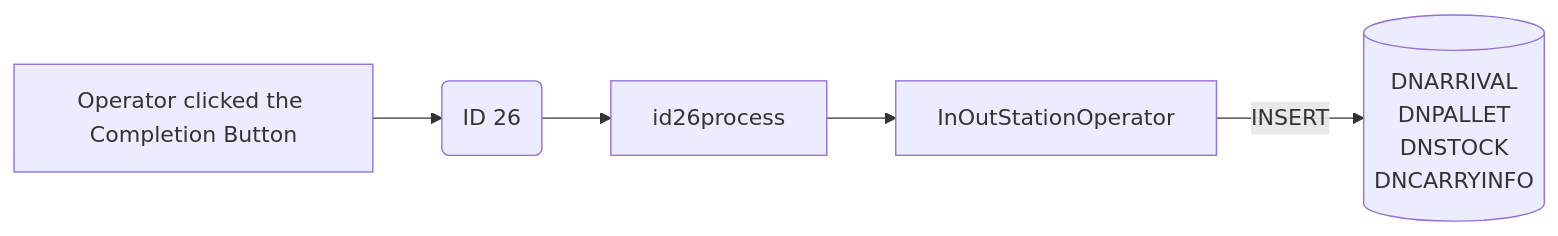
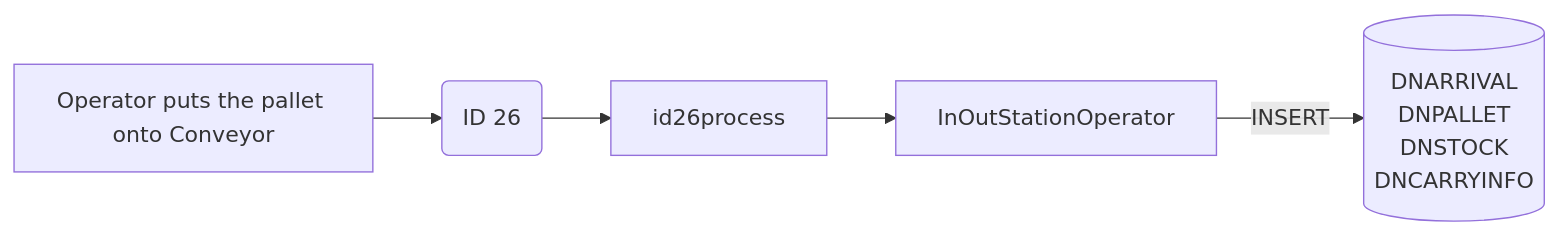
One commit to luthfiadityaa/SimeDarby-Wiki changed the second of 20 diagrams in Basic-Design/DFD-WMS/Storage/Unplanned-Storage/Unplanned-Storage-from-HP.md. Above: the diagram before and after it, drawn with Mermaid.

Commit message:
Updated Unplanned Storage from HP

```diff
--- a/Basic-Design/DFD-WMS/Storage/Unplanned-Storage/Unplanned-Storage-from-HP.md
+++ b/Basic-Design/DFD-WMS/Storage/Unplanned-Storage/Unplanned-Storage-from-HP.md
@@ -131,23 +131,23 @@
 ::: mermaid
 flowchart LR
 
 releaseCommand["
-   Operator clicked the Completion Button
+Operator puts the pallet onto Conveyor
 "]
 
 id26msg("
 ID 26
 ")
 
 id26-insert[("
 DNARRIVAL
 DNPALLET
 DNSTOCK
 DNCARRYINFO
 ")]
 
 inoutstationoperator[InOutStationOperator]
 
 releaseCommand-->id26msg-->id26process-->inoutstationoperator
 inoutstationoperator--> |INSERT| id26-insert
 :::
```
